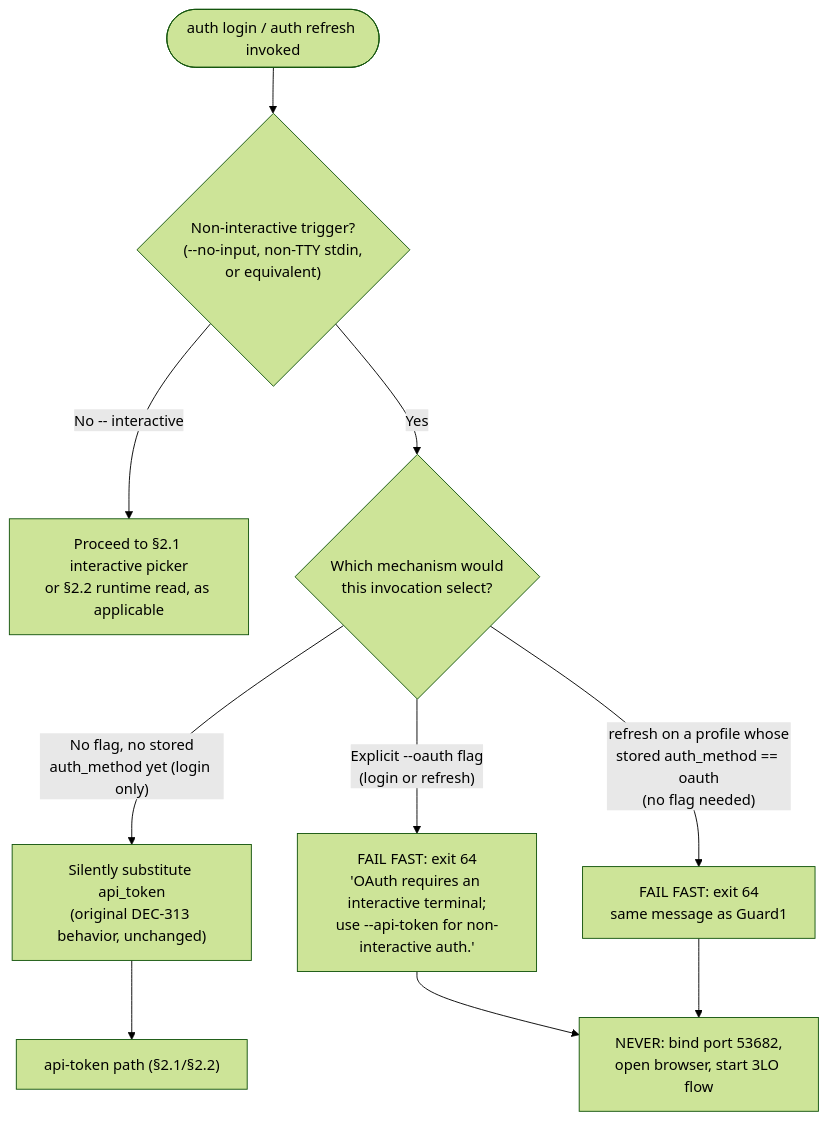
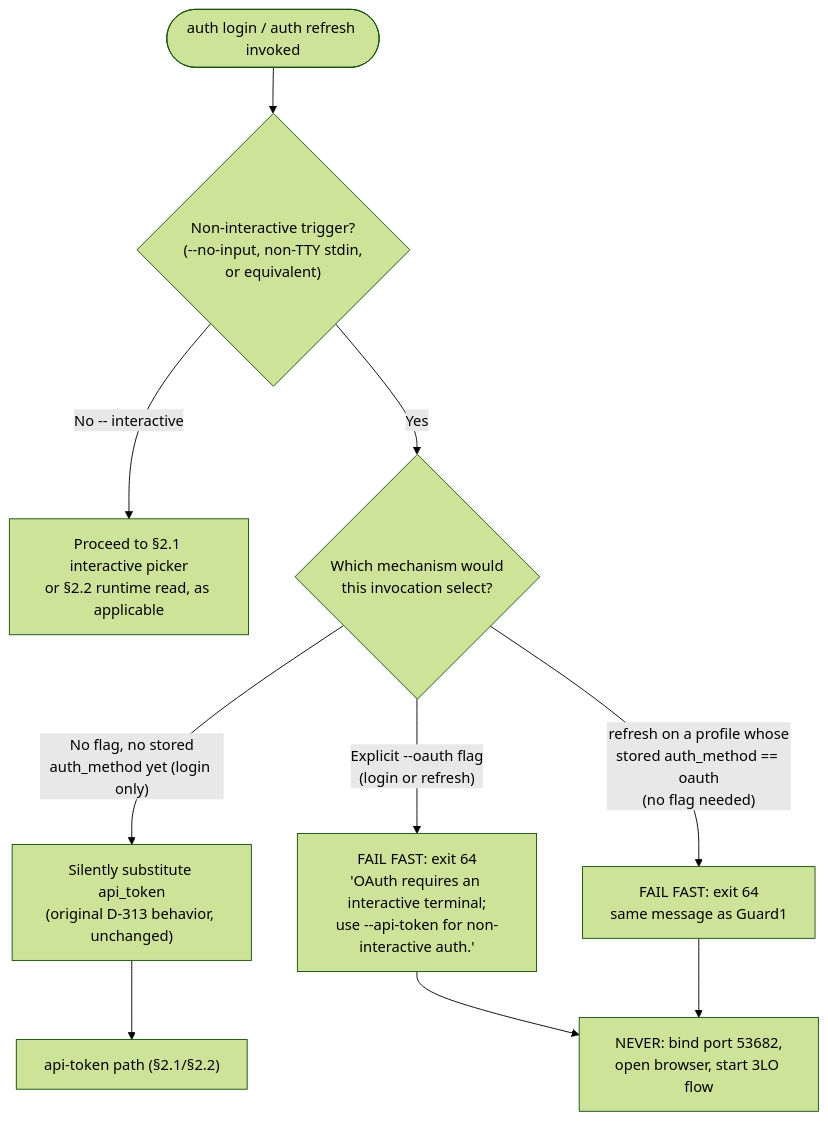
Before and after one commit to ArcavenAE/jira-cli: the fifth of 7 diagrams in cycles/cycle-003/phase-f2-spec-evolution/architecture-delta.md, drawn with Mermaid (forest theme). The commit also changed other lines of this file and 531 other files, not shown here.

````diff
--- a/cycles/cycle-003/phase-f2-spec-evolution/architecture-delta.md
+++ b/cycles/cycle-003/phase-f2-spec-evolution/architecture-delta.md
@@ -188,12 +188,12 @@
 ```mermaid
 flowchart TD
     Start(["auth login / auth refresh invoked"]) --> Check{"Non-interactive trigger?\n(--no-input, non-TTY stdin,\nor equivalent)"}
     Check -->|No -- interactive| Interactive["Proceed to §2.1 interactive picker\nor §2.2 runtime read, as applicable"]
     Check -->|Yes| WhichFlow{"Which mechanism would\nthis invocation select?"}
-    WhichFlow -->|"No flag, no stored\nauth_method yet (login only)"| DefaultSub["Silently substitute api_token\n(original DEC-313 behavior, unchanged)"]
+    WhichFlow -->|"No flag, no stored\nauth_method yet (login only)"| DefaultSub["Silently substitute api_token\n(original D-313 behavior, unchanged)"]
     WhichFlow -->|"Explicit --oauth flag\n(login or refresh)"| Guard1["FAIL FAST: exit 64\n'OAuth requires an interactive terminal;\nuse --api-token for non-interactive auth.'"]
     WhichFlow -->|"refresh on a profile whose\nstored auth_method == oauth\n(no flag needed)"| Guard2["FAIL FAST: exit 64\nsame message as Guard1"]
     Guard1 --> NeverReach["NEVER: bind port 53682,\nopen browser, start 3LO flow"]
     Guard2 --> NeverReach
     DefaultSub --> ApiTokenPath["api-token path (§2.1/§2.2)"]
 ```
````
